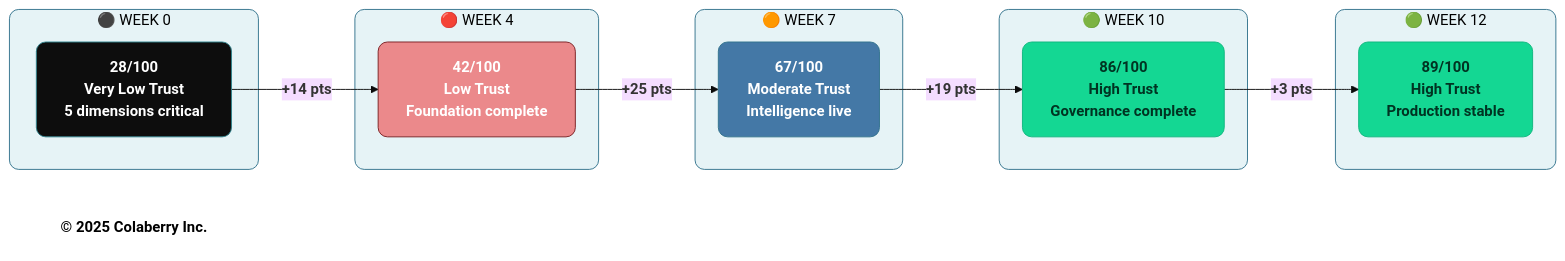
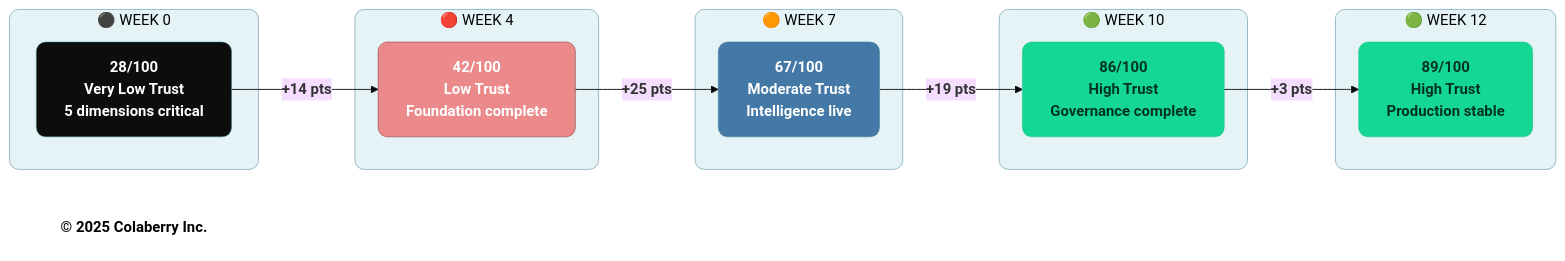
One commit to saitejesh-cyber/trust-before-intelligence-book changed the fifth of 6 diagrams in manuscript/10_chapter_9_measuring_agent_readiness.md. Above: the diagram before and after it, drawn with Mermaid (base theme). The commit also changed other lines of this file and 12 other files, not shown here.

Commit message:
Update stroke width to 0.5px instead of 1px to all the diagrams

````diff
--- a/manuscript/10_chapter_9_measuring_agent_readiness.md
+++ b/manuscript/10_chapter_9_measuring_agent_readiness.md
@@ -1054,38 +1054,38 @@
 ```mermaid
 graph LR
     subgraph WEEK0["⚫ WEEK 0"]
         W0["<b>28/100</b><br/><b>Very Low Trust</b><br/><b>5 dimensions critical</b>"]
     end
     
     subgraph WEEK4["🔴 WEEK 4"]
         W4["<b>42/100</b><br/><b>Low Trust</b><br/><b>Foundation complete</b>"]
     end
     
     subgraph WEEK7["🟠 WEEK 7"]
         W7["<b>67/100</b><br/><b>Moderate Trust</b><br/><b>Intelligence live</b>"]
     end
     
     subgraph WEEK10["🟢 WEEK 10"]
         W10["<b>86/100</b><br/><b>High Trust</b><br/><b>Governance complete</b>"]
     end
     
     subgraph WEEK12["🟢 WEEK 12"]
         W12["<b>89/100</b><br/><b>High Trust</b><br/><b>Production stable</b>"]
     end
     
     W0 -->|<b>+14 pts</b>| W4 -->|<b>+25 pts</b>| W7 -->|<b>+19 pts</b>| W10 -->|<b>+3 pts</b>| W12
     
     Copyright["<b>© 2025 Colaberry Inc.</b>"]
     
-    style WEEK0 fill:#E6F3F6,stroke:#32738C,stroke-width:1px,color:#000000,rx:10,ry:10
-    style WEEK4 fill:#E6F3F6,stroke:#32738C,stroke-width:1px,color:#000000,rx:10,ry:10
-    style WEEK7 fill:#E6F3F6,stroke:#32738C,stroke-width:1px,color:#000000,rx:10,ry:10
-    style WEEK10 fill:#E6F3F6,stroke:#32738C,stroke-width:1px,color:#000000,rx:10,ry:10
-    style WEEK12 fill:#E6F3F6,stroke:#32738C,stroke-width:1px,color:#000000,rx:10,ry:10
-    style W0 fill:#0D0D0D,stroke:#30838C,stroke-width:1px,color:#ffffff,rx:10,ry:10
-    style W4 fill:#EB898B,stroke:#7A1F22,stroke-width:1px,color:#ffffff,rx:10,ry:10
-    style W7 fill:#4478A6,stroke:#32738C,stroke-width:1px,color:#ffffff,rx:10,ry:10
-    style W10 fill:#14D793,stroke:#0FB67D,stroke-width:1px,color:#003322,rx:10,ry:10
-    style W12 fill:#14D793,stroke:#0FB67D,stroke-width:1px,color:#003322,rx:10,ry:10
+    style WEEK0 fill:#E6F3F6,stroke:#32738C,stroke-width:0.5px,color:#000000,rx:10,ry:10
+    style WEEK4 fill:#E6F3F6,stroke:#32738C,stroke-width:0.5px,color:#000000,rx:10,ry:10
+    style WEEK7 fill:#E6F3F6,stroke:#32738C,stroke-width:0.5px,color:#000000,rx:10,ry:10
+    style WEEK10 fill:#E6F3F6,stroke:#32738C,stroke-width:0.5px,color:#000000,rx:10,ry:10
+    style WEEK12 fill:#E6F3F6,stroke:#32738C,stroke-width:0.5px,color:#000000,rx:10,ry:10
+    style W0 fill:#0D0D0D,stroke:#30838C,stroke-width:0.5px,color:#ffffff,rx:10,ry:10
+    style W4 fill:#EB898B,stroke:#7A1F22,stroke-width:0.5px,color:#ffffff,rx:10,ry:10
+    style W7 fill:#4478A6,stroke:#32738C,stroke-width:0.5px,color:#ffffff,rx:10,ry:10
+    style W10 fill:#14D793,stroke:#0FB67D,stroke-width:0.5px,color:#003322,rx:10,ry:10
+    style W12 fill:#14D793,stroke:#0FB67D,stroke-width:0.5px,color:#003322,rx:10,ry:10
     style Copyright fill:none,stroke:none,color:#000000
 ```
````
